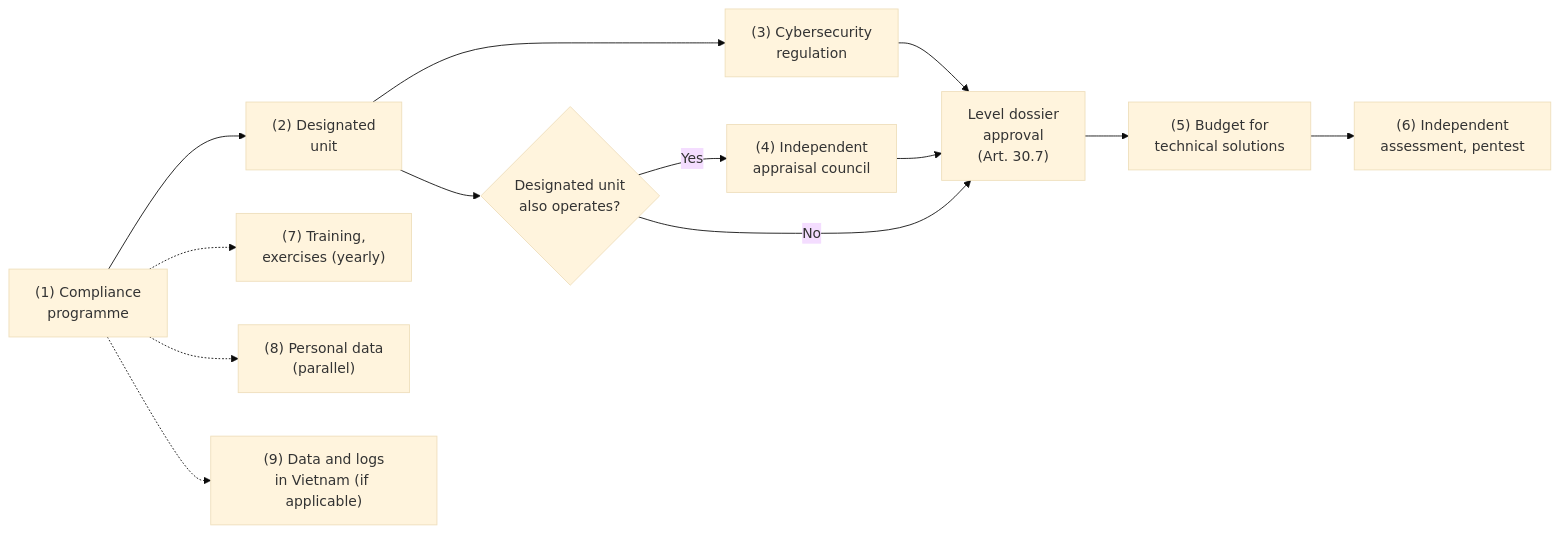
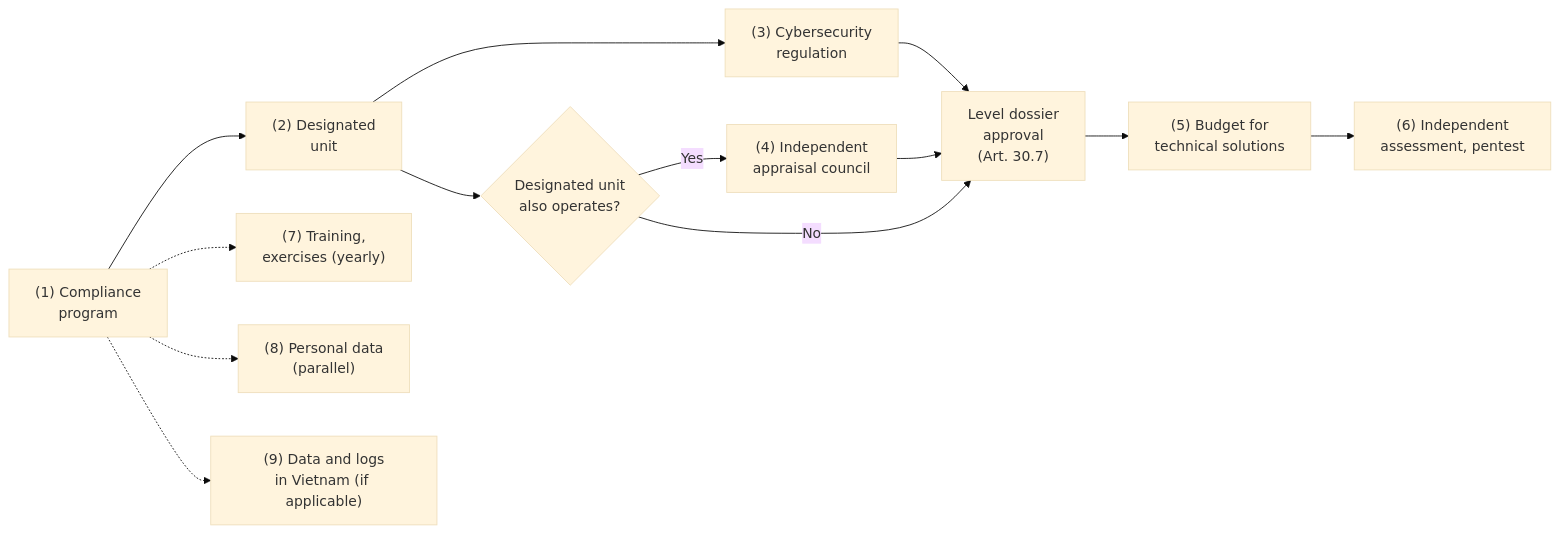
Before and after one commit to ldphuong-vn/vn-cyber-compliance: the fourth of 4 diagrams in en/07-governance-inspection-reporting.md, drawn with Mermaid (base theme). The commit also changed other lines of this file and 16 other files, not shown here.

````diff
--- a/en/07-governance-inspection-reporting.md
+++ b/en/07-governance-inspection-reporting.md
@@ -251,15 +251,15 @@
 ```mermaid
 flowchart LR
-    T1["(1) Compliance<br/>programme"] --> T2["(2) Designated<br/>unit"]
+    T1["(1) Compliance<br/>program"] --> T2["(2) Designated<br/>unit"]
     T2 --> T3["(3) Cybersecurity<br/>regulation"]
     T2 --> T4{"Designated unit<br/>also operates?"}
     T4 -->|Yes| T4a["(4) Independent<br/>appraisal council"]
     T3 --> H["Level dossier<br/>approval<br/>(Art. 30.7)"]
     T4a --> H
     T4 -->|No| H
     H --> T5["(5) Budget for<br/>technical solutions"]
     T5 --> T6["(6) Independent<br/>assessment, pentest"]
     T1 -.-> T7["(7) Training,<br/>exercises (yearly)"]
     T1 -.-> T8["(8) Personal data<br/>(parallel)"]
     T1 -.-> T9["(9) Data and logs<br/>in Vietnam (if applicable)"]
 ```
````
